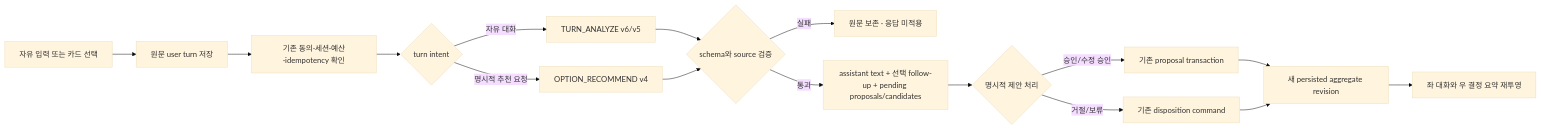
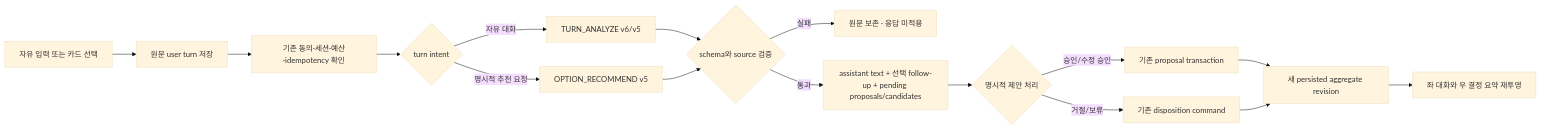
The diagram in docs/tasks/CON-PR-05/plan.md (donghyunlee-dev/ai-agent-blueprint), drawn with Mermaid (base theme) before and after one commit. The commit also changed other lines of this file and 14 other files, not shown here.

````diff
--- a/docs/tasks/CON-PR-05/plan.md
+++ b/docs/tasks/CON-PR-05/plan.md
@@ -54,18 +54,18 @@
 ```mermaid
 flowchart LR
   A[자유 입력 또는 카드 선택] --> B[원문 user turn 저장]
   B --> C[기존 동의·세션·예산·idempotency 확인]
   C --> D{turn intent}
   D -- 자유 대화 --> E[TURN_ANALYZE v6/v5]
-  D -- 명시적 추천 요청 --> R[OPTION_RECOMMEND v4]
+  D -- 명시적 추천 요청 --> R[OPTION_RECOMMEND v5]
   E --> V{schema와 source 검증}
   R --> V
   V -- 실패 --> F[원문 보존 · 응답 미적용]
   V -- 통과 --> G[assistant text + 선택 follow-up + pending proposals/candidates]
   G --> H{명시적 제안 처리}
   H -- 승인/수정 승인 --> I[기존 proposal transaction]
   H -- 거절/보류 --> J[기존 disposition command]
   I --> K[새 persisted aggregate revision]
   J --> K
   K --> L[좌 대화와 우 결정 요약 재투영]
 ```
````
